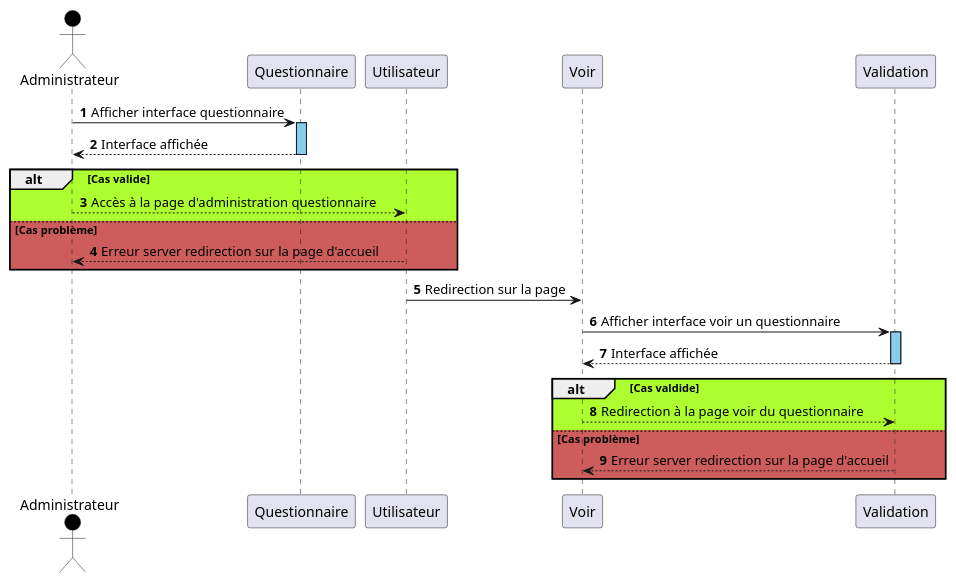
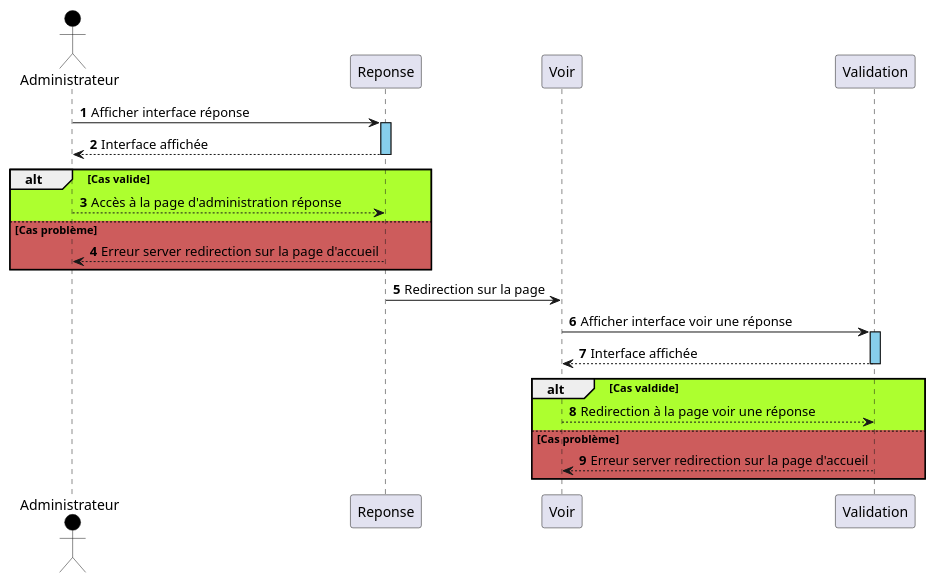
Before and after one commit to nwehla/QuidideanceTest: the diagram in documents/analyse_uml/diagramme_de_sequence/diagramme_sequence_reponse/diagramme_sequence_voireponse.wsd, drawn with PlantUML. The commit also changed 1 other file, not shown here.

Commit message:
use case sequentiel reponse fait

```diff
--- a/documents/analyse_uml/diagramme_de_sequence/diagramme_sequence_reponse/diagramme_sequence_voireponse.wsd
+++ b/documents/analyse_uml/diagramme_de_sequence/diagramme_sequence_reponse/diagramme_sequence_voireponse.wsd
@@ -1,23 +1,23 @@
-@startuml voirquestionnaire
+@startuml voireponse
 autonumber 
 actor Administrateur #Black
-Administrateur -> Questionnaire : Afficher interface questionnaire
-activate Questionnaire #SkyBlue
-Questionnaire --> Administrateur : Interface affichée
-deactivate Questionnaire
+Administrateur -> Reponse : Afficher interface réponse
+activate Reponse #SkyBlue
+Reponse --> Administrateur : Interface affichée
+deactivate Reponse
 alt #GreenYellow Cas valide 
-Utilisateur <-- Administrateur : Accès à la page d'administration questionnaire
+Reponse <-- Administrateur : Accès à la page d'administration réponse
 else #IndianRed Cas problème
-Utilisateur --> Administrateur : Erreur server redirection sur la page d'accueil
+Reponse --> Administrateur : Erreur server redirection sur la page d'accueil
 end
-Utilisateur -> Voir : Redirection sur la page
-Voir -> Validation : Afficher interface voir un questionnaire
+Reponse -> Voir : Redirection sur la page
+Voir -> Validation : Afficher interface voir une réponse
 activate Validation #SkyBlue
 Validation --> Voir : Interface affichée
 deactivate Validation
 alt #GreenYellow Cas valdide 
-Voir --> Validation : Redirection à la page voir du questionnaire
+Voir --> Validation : Redirection à la page voir une réponse
 else #IndianRed Cas problème
 Voir <-- Validation : Erreur server redirection sur la page d'accueil
 end
 @enduml
```
